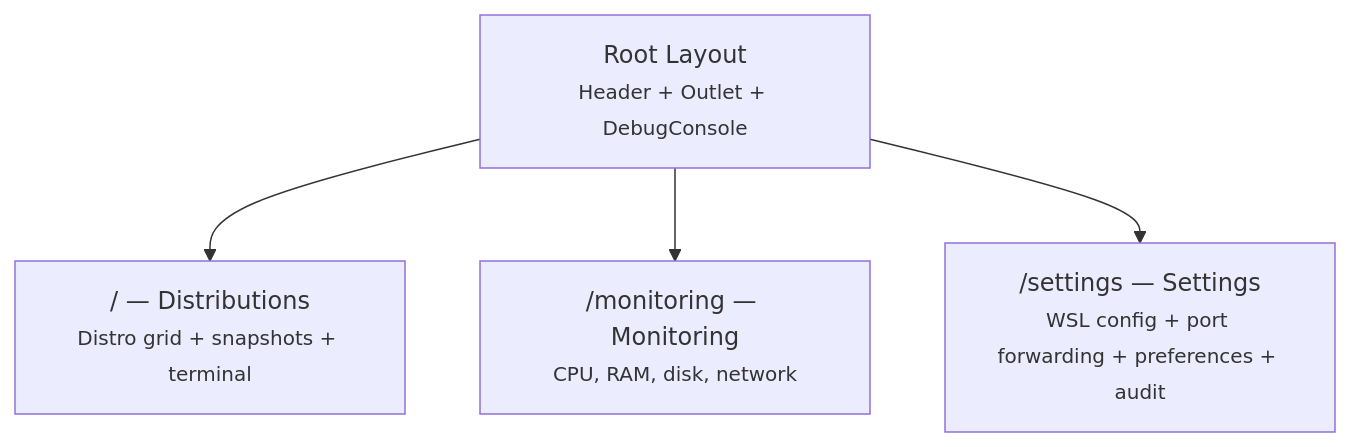
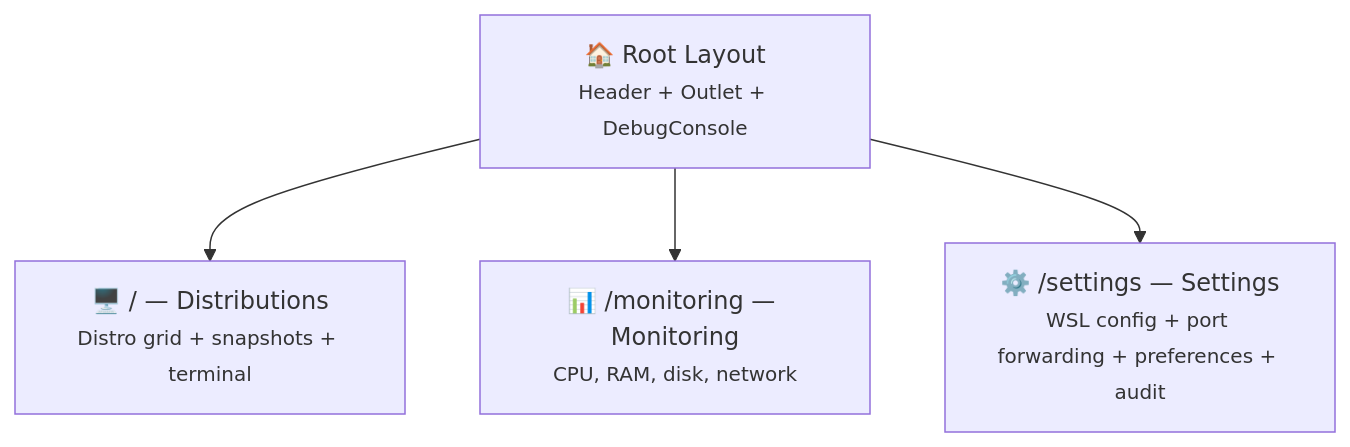
One commit to muchiny/wsl-dashboard changed the second of 3 diagrams in src/README.md. Above: the diagram before and after it, drawn with Mermaid. The commit also changed other lines of this file and 14 other files, not shown here.

First line of the commit message:
chore: bump version to 1.0.1, enrich READMEs with emojis and mermaid diagrams

````diff
--- a/src/README.md
+++ b/src/README.md
@@ -102,7 +102,7 @@
 ```mermaid
 graph TD
-    Root["Root Layout<br/><small>Header + Outlet + DebugConsole</small>"]
-    Root --> DI["/ — Distributions<br/><small>Distro grid + snapshots + terminal</small>"]
-    Root --> MO["/monitoring — Monitoring<br/><small>CPU, RAM, disk, network</small>"]
-    Root --> SE["/settings — Settings<br/><small>WSL config + port forwarding + preferences + audit</small>"]
+    Root["🏠 Root Layout<br/><small>Header + Outlet + DebugConsole</small>"]
+    Root --> DI["🖥️ / — Distributions<br/><small>Distro grid + snapshots + terminal</small>"]
+    Root --> MO["📊 /monitoring — Monitoring<br/><small>CPU, RAM, disk, network</small>"]
+    Root --> SE["⚙️ /settings — Settings<br/><small>WSL config + port forwarding + preferences + audit</small>"]
 ```
````
